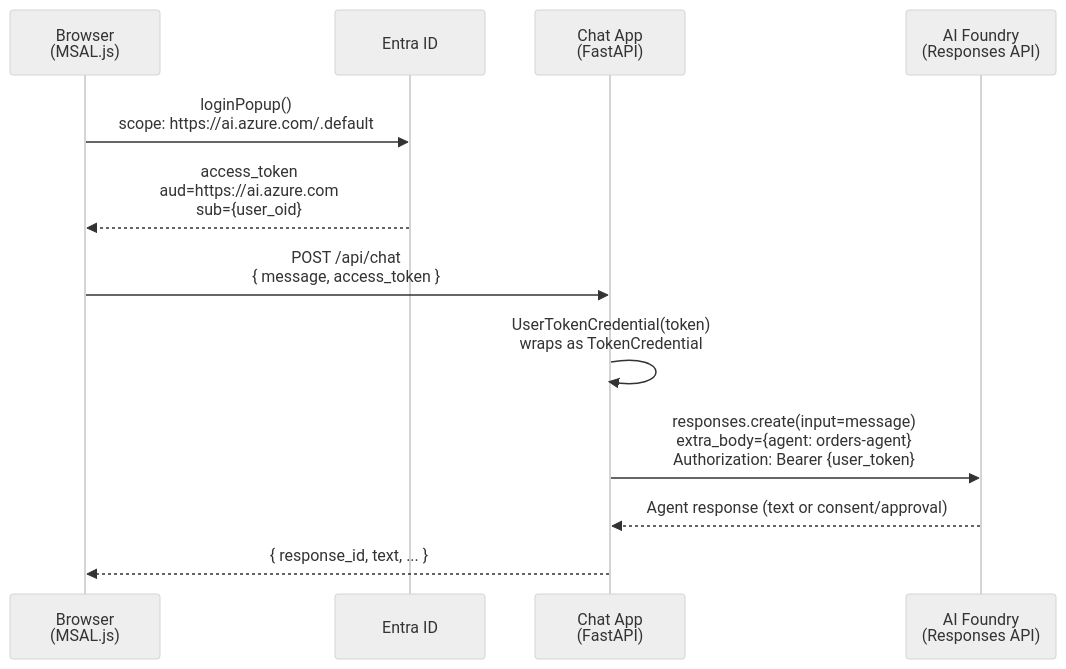
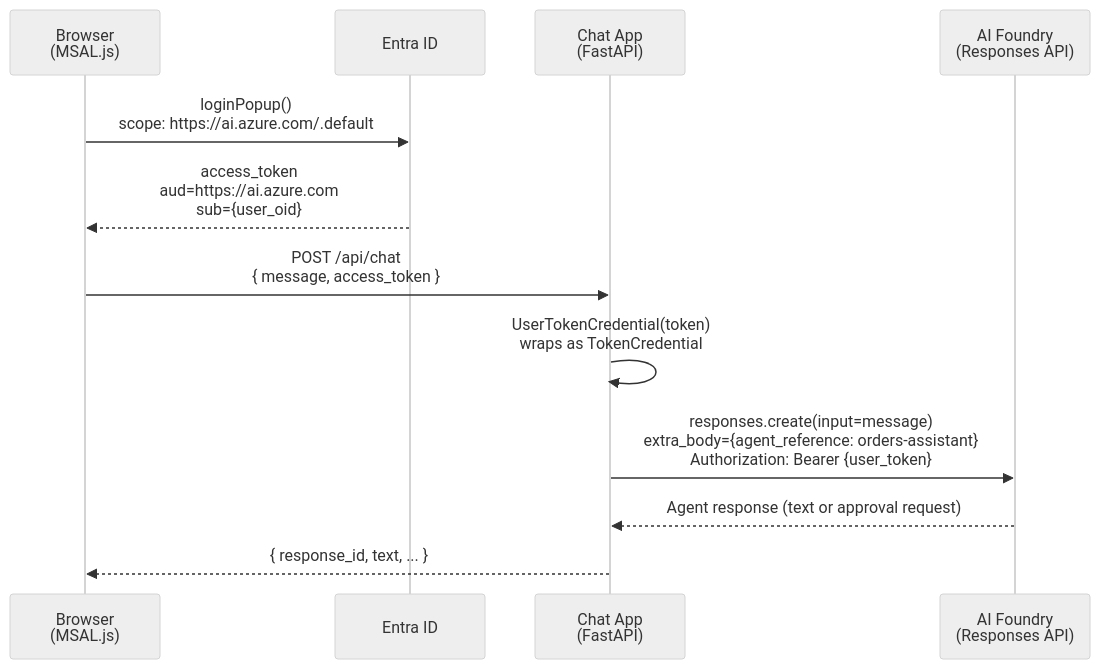
The second of 7 diagrams in docs/identity-security.md (ozgurkarahan/propagate-id-entra), drawn with Mermaid (neutral theme) before and after one commit. The commit also changed other lines of this file and 21 other files, not shown here.

First line of the commit message:
Replace ApiHub OAuth2 with UserEntraToken connection

````diff
--- a/docs/identity-security.md
+++ b/docs/identity-security.md
@@ -100,16 +95,16 @@
 ```mermaid
 sequenceDiagram
     participant Browser as Browser<br/>(MSAL.js)
     participant Entra as Entra ID
     participant ChatApp as Chat App<br/>(FastAPI)
     participant Foundry as AI Foundry<br/>(Responses API)
 
     Browser->>Entra: loginPopup()<br/>scope: https://ai.azure.com/.default
     Entra-->>Browser: access_token<br/>aud=https://ai.azure.com<br/>sub={user_oid}
 
     Browser->>ChatApp: POST /api/chat<br/>{ message, access_token }
     ChatApp->>ChatApp: UserTokenCredential(token)<br/>wraps as TokenCredential
-    ChatApp->>Foundry: responses.create(input=message)<br/>extra_body={agent: orders-agent}<br/>Authorization: Bearer {user_token}
-    Foundry-->>ChatApp: Agent response (text or consent/approval)
+    ChatApp->>Foundry: responses.create(input=message)<br/>extra_body={agent_reference: orders-assistant}<br/>Authorization: Bearer {user_token}
+    Foundry-->>ChatApp: Agent response (text or approval request)
     ChatApp-->>Browser: { response_id, text, ... }
 ```
````
